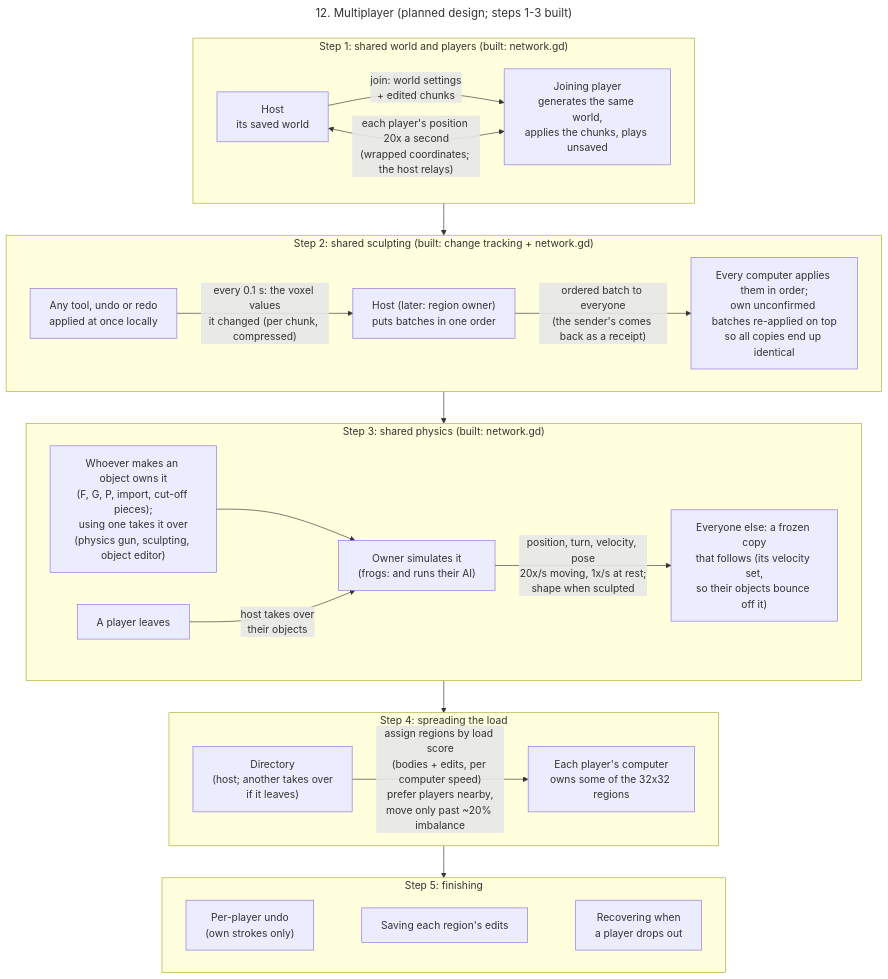
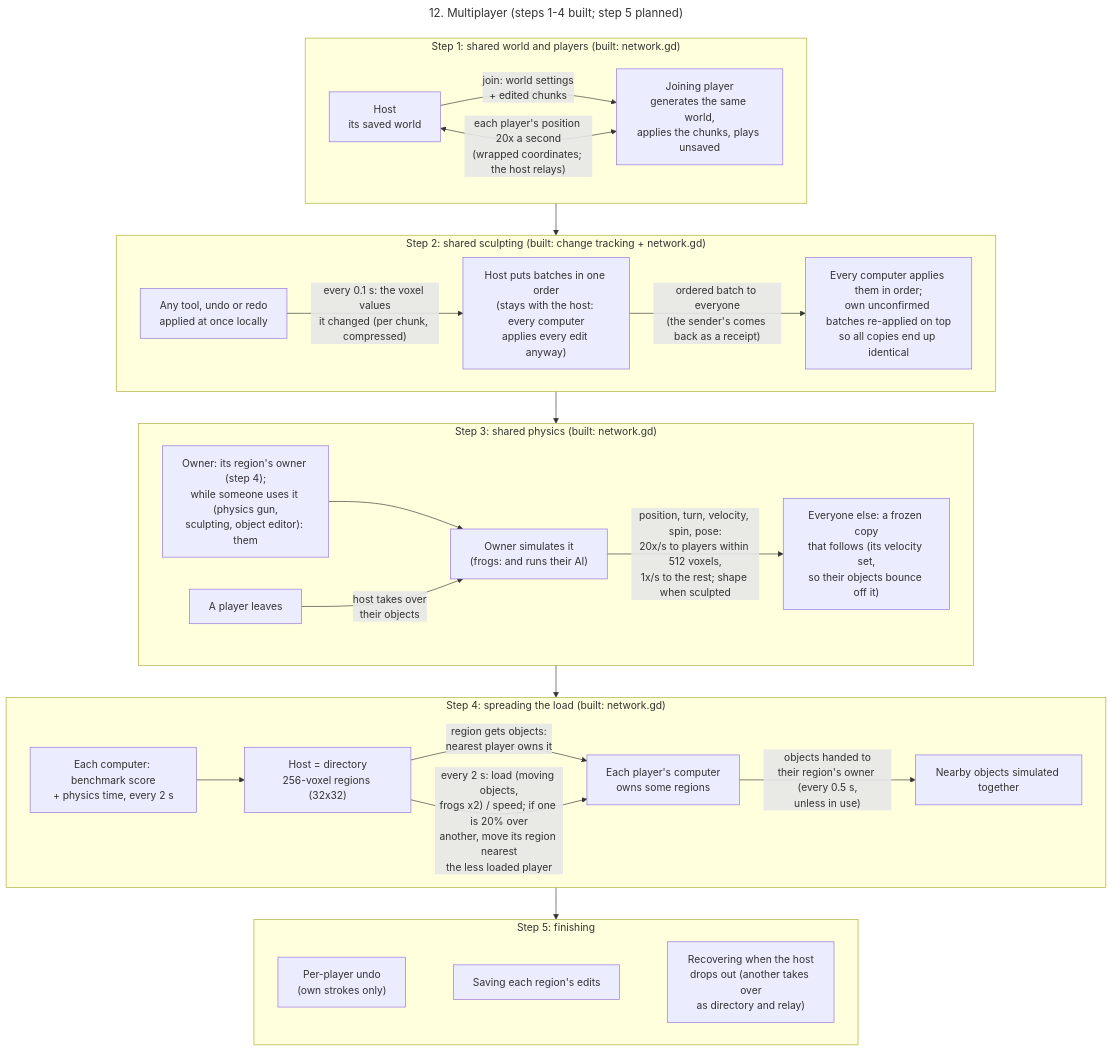
One commit to sampritchard03/wincraft changed the diagram in diagrams/12-multiplayer.mmd. Above: the diagram before and after it, drawn with Mermaid. The commit also changed 5 other files, not shown here.

```diff
--- a/diagrams/12-multiplayer.mmd
+++ b/diagrams/12-multiplayer.mmd
@@ -1,34 +1,37 @@
 ---
-title: 12. Multiplayer (planned design; steps 1-3 built)
+title: 12. Multiplayer (steps 1-4 built; step 5 planned)
 ---
 flowchart TB
     subgraph S1["Step 1: shared world and players (built: network.gd)"]
         direction LR
         host1["Host<br/>its saved world"] -->|"join: world settings<br/>+ edited chunks"| join1["Joining player<br/>generates the same world,<br/>applies the chunks, plays unsaved"]
         host1 <-->|"each player's position 20x a second<br/>(wrapped coordinates; the host relays)"| join1
     end
 
     subgraph S2["Step 2: shared sculpting (built: change tracking + network.gd)"]
         direction LR
-        brush["Any tool, undo or redo<br/>applied at once locally"] -->|"every 0.1 s: the voxel values<br/>it changed (per chunk, compressed)"| owner2["Host (later: region owner)<br/>puts batches in one order"]
+        brush["Any tool, undo or redo<br/>applied at once locally"] -->|"every 0.1 s: the voxel values<br/>it changed (per chunk, compressed)"| owner2["Host puts batches in one order<br/>(stays with the host: every computer<br/>applies every edit anyway)"]
         owner2 -->|"ordered batch to everyone<br/>(the sender's comes back as a receipt)"| all2["Every computer applies them in order;<br/>own unconfirmed batches re-applied on top<br/>so all copies end up identical"]
     end
 
     subgraph S3["Step 3: shared physics (built: network.gd)"]
         direction LR
-        make3["Whoever makes an object owns it<br/>(F, G, P, import, cut-off pieces);<br/>using one takes it over<br/>(physics gun, sculpting, object editor)"] --> rowner["Owner simulates it<br/>(frogs: and runs their AI)"]
-        rowner -->|"position, turn, velocity, pose<br/>20x/s moving, 1x/s at rest;<br/>shape when sculpted"| others3["Everyone else: a frozen copy<br/>that follows (its velocity set,<br/>so their objects bounce off it)"]
+        make3["Owner: its region's owner (step 4);<br/>while someone uses it (physics gun,<br/>sculpting, object editor): them"] --> rowner["Owner simulates it<br/>(frogs: and runs their AI)"]
+        rowner -->|"position, turn, velocity, spin, pose:<br/>20x/s to players within 512 voxels,<br/>1x/s to the rest; shape when sculpted"| others3["Everyone else: a frozen copy<br/>that follows (its velocity set,<br/>so their objects bounce off it)"]
         leave3["A player leaves"] -->|"host takes over<br/>their objects"| rowner
     end
 
-    subgraph S4["Step 4: spreading the load"]
+    subgraph S4["Step 4: spreading the load (built: network.gd)"]
         direction LR
-        dir["Directory<br/>(host; another takes over<br/>if it leaves)"] -->|"assign regions by load score<br/>(bodies + edits, per computer speed)<br/>prefer players nearby,<br/>move only past ~20% imbalance"| peers4["Each player's computer<br/>owns some of the 32x32 regions"]
+        reports["Each computer: benchmark score<br/>+ physics time, every 2 s"] --> dir["Host = directory<br/>256-voxel regions (32x32)"]
+        dir -->|"region gets objects:<br/>nearest player owns it"| peers4["Each player's computer<br/>owns some regions"]
+        dir -->|"every 2 s: load (moving objects,<br/>frogs x2) / speed; if one is 20% over<br/>another, move its region nearest<br/>the less loaded player"| peers4
+        peers4 -->|"objects handed to<br/>their region's owner (every 0.5 s,<br/>unless in use)"| rowner4["Nearby objects simulated together"]
     end
 
     subgraph S5["Step 5: finishing"]
         direction LR
-        undo["Per-player undo<br/>(own strokes only)"] ~~~ save["Saving each region's edits"] ~~~ drop["Recovering when<br/>a player drops out"]
+        undo["Per-player undo<br/>(own strokes only)"] ~~~ save["Saving each region's edits"] ~~~ drop["Recovering when the host<br/>drops out (another takes over<br/>as directory and relay)"]
     end
 
     S1 --> S2 --> S3 --> S4 --> S5
```
